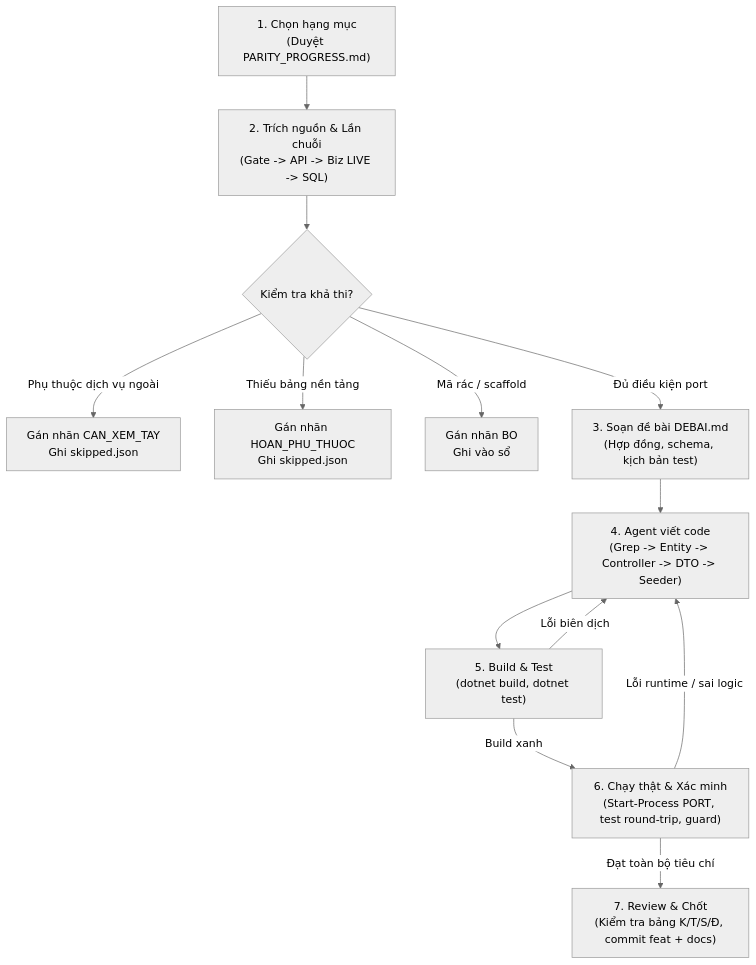
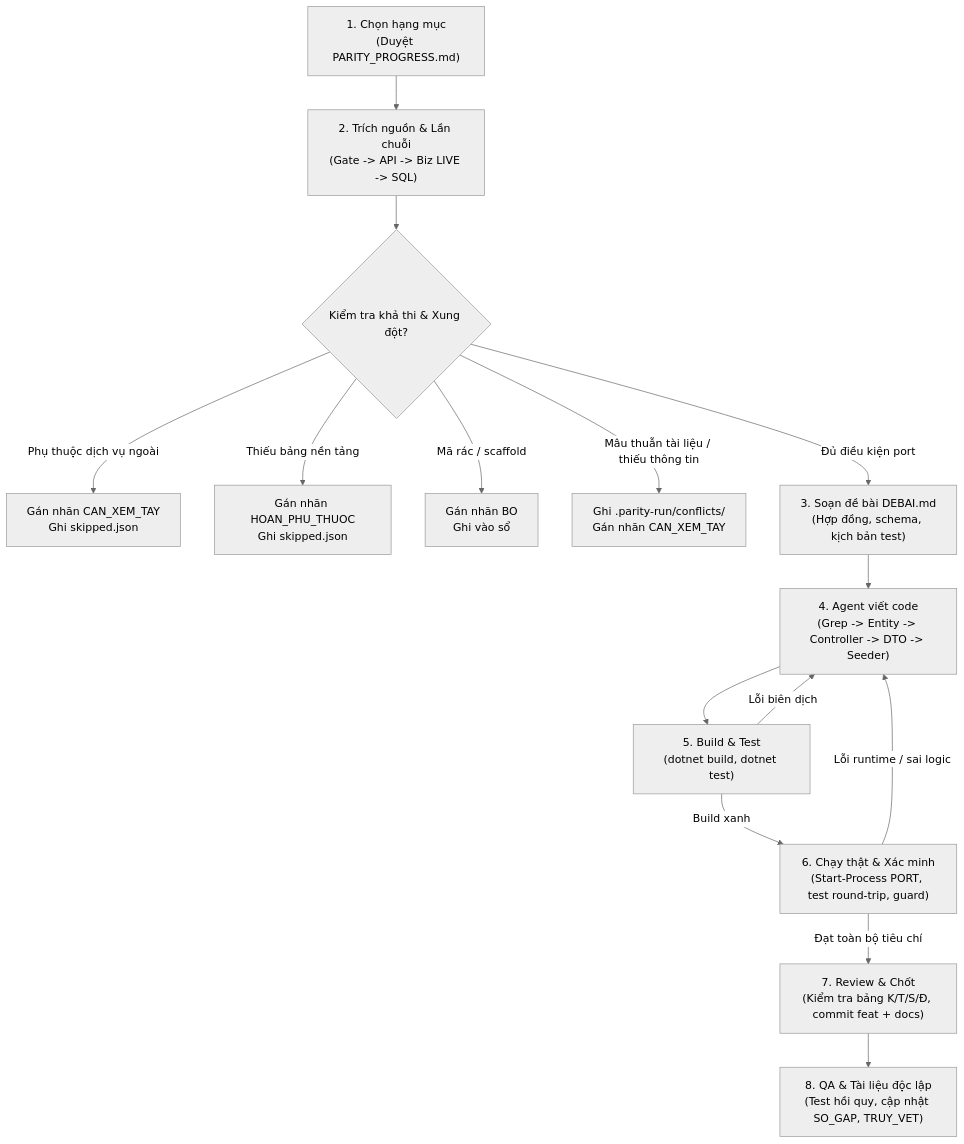
One commit to Tranletrungkien1705/MiniLoyalty changed the first of 2 diagrams in docs/quy-trinh/QUY_TRINH_PORT_1_1.md. Above: the diagram before and after it, drawn with Mermaid (neutral theme). The commit also changed other lines of this file and 10 other files, not shown here.

First line of the commit message:
docs: API BirthPolicy/DealerCP/Discipline/PromotionProgram, ha tang chung, cap nhat quy trinh/GAP/truy vet/tien do (dot 3)

````diff
--- a/docs/quy-trinh/QUY_TRINH_PORT_1_1.md
+++ b/docs/quy-trinh/QUY_TRINH_PORT_1_1.md
@@ -25,15 +26,17 @@
 ```mermaid
 flowchart TD
     A["1. Chọn hạng mục<br/>(Duyệt PARITY_PROGRESS.md)"] --> B["2. Trích nguồn & Lần chuỗi<br/>(Gate -> API -> Biz LIVE -> SQL)"]
-    B --> C{"Kiểm tra khả thi?"}
+    B --> C{"Kiểm tra khả thi & Xung đột?"}
     C -- "Phụ thuộc dịch vụ ngoài" --> C1["Gán nhãn CAN_XEM_TAY<br/>Ghi skipped.json"]
     C -- "Thiếu bảng nền tảng" --> C2["Gán nhãn HOAN_PHU_THUOC<br/>Ghi skipped.json"]
     C -- "Mã rác / scaffold" --> C3["Gán nhãn BO<br/>Ghi vào sổ"]
+    C -- "Mâu thuẫn tài liệu / thiếu thông tin" --> C4["Ghi .parity-run/conflicts/<br/>Gán nhãn CAN_XEM_TAY"]
     C -- "Đủ điều kiện port" --> D["3. Soạn đề bài DEBAI.md<br/>(Hợp đồng, schema, kịch bản test)"]
     D --> E["4. Agent viết code<br/>(Grep -> Entity -> Controller -> DTO -> Seeder)"]
     E --> F["5. Build & Test<br/>(dotnet build, dotnet test)"]
     F -- "Lỗi biên dịch" --> E
     F -- "Build xanh" --> G["6. Chạy thật & Xác minh<br/>(Start-Process PORT, test round-trip, guard)"]
     G -- "Lỗi runtime / sai logic" --> E
     G -- "Đạt toàn bộ tiêu chí" --> H["7. Review & Chốt<br/>(Kiểm tra bảng K/T/S/Đ, commit feat + docs)"]
+    H --> I["8. QA & Tài liệu độc lập<br/>(Test hồi quy, cập nhật SO_GAP, TRUY_VET)"]
 ```
````
